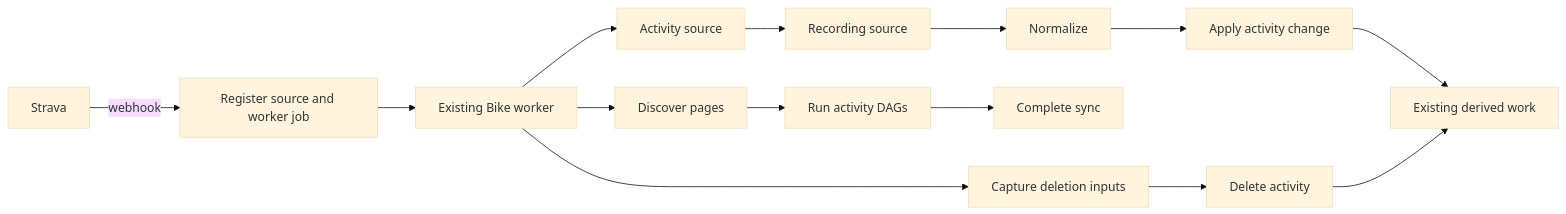
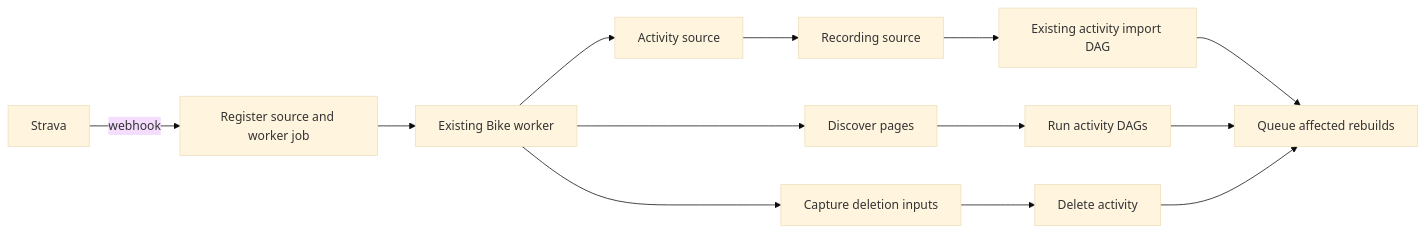
The diagram in docs/specs/strava-integration.md (ericbutera/bike), drawn with Mermaid (base theme) before and after one commit. The commit also changed other lines of this file and 33 other files, not shown here.

Commit message:
fix(strava): simplify sync, backfill and rebuild stages

````diff
--- a/docs/specs/strava-integration.md
+++ b/docs/specs/strava-integration.md
@@ -35,16 +41,15 @@
 ```mermaid
 flowchart LR
   Strava -->|webhook| API[Register source and worker job]
   API --> Worker[Existing Bike worker]
   Worker --> Activity[Activity source]
   Activity --> Streams[Recording source]
-  Streams --> Normalize[Normalize]
-  Normalize --> Apply[Apply activity change]
-  Apply --> Derived[Existing derived work]
+  Streams --> Apply[Existing activity import DAG]
+  Apply --> Rebuild[Queue affected rebuilds]
   Worker --> Discover[Discover pages]
   Discover --> Children[Run activity DAGs]
-  Children --> Complete[Complete sync]
+  Children --> Rebuild
   Worker --> Capture[Capture deletion inputs]
   Capture --> Delete[Delete activity]
-  Delete --> Derived
+  Delete --> Rebuild
 ```
````
